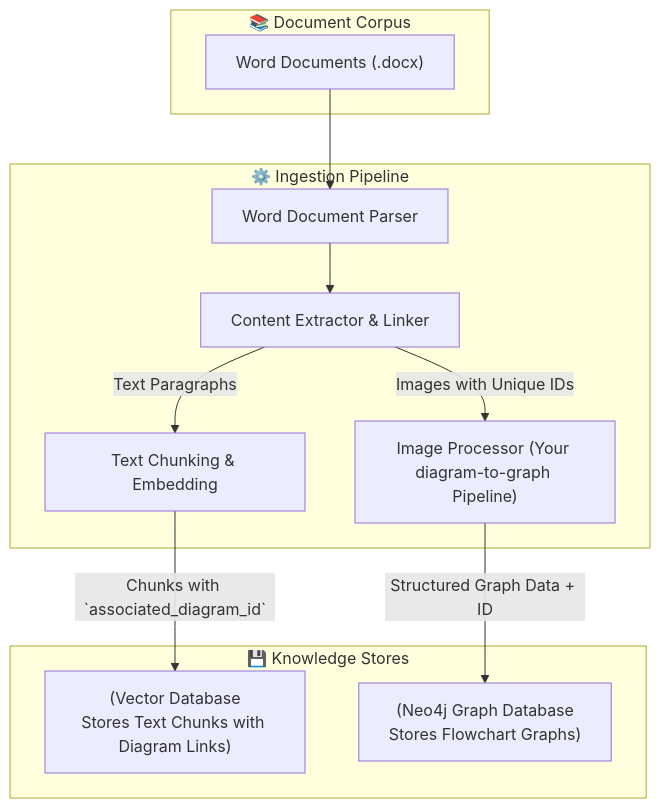
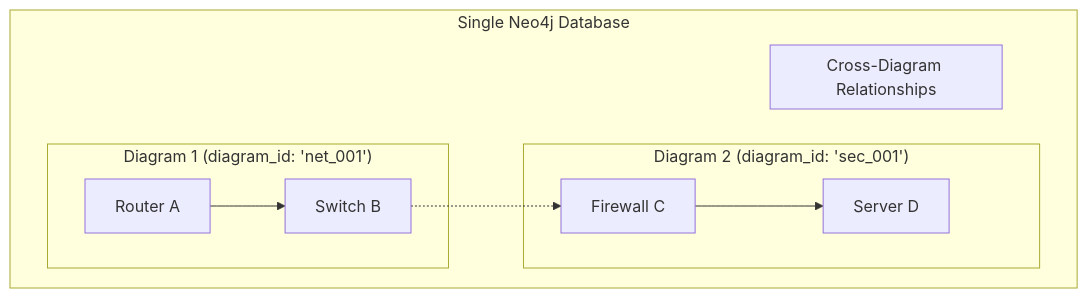
One commit to keo571/netbot-v2 changed the fifth of 10 diagrams in docs/architecture/ai-architecture.md. Above: the diagram before and after it, drawn with Mermaid. The commit also changed other lines of this file, not shown here.

First line of the commit message:
Update ai-architecture.md with latest changes

````diff
--- a/docs/architecture/ai-architecture.md
+++ b/docs/architecture/ai-architecture.md
@@ -26,26 +170,20 @@
 ```mermaid
 graph TD
-subgraph "📚 Document Corpus"
-DOC["Word Documents (.docx)"]
-end
-
-subgraph "⚙️ Ingestion Pipeline"
-A["Word Document Parser"]
-B["Content Extractor & Linker"]
-C["Text Chunking & Embedding"]
-D["Image Processor (Your diagram-to-graph Pipeline)"]
-end
-
-subgraph "💾 Knowledge Stores"
-VDB["(Vector Database<br/>Stores Text Chunks with Diagram Links)"]
-GDB["(Neo4j Graph Database<br/>Stores Flowchart Graphs)"]
-end
-
-DOC --> A
-A --> B
-B -- Text Paragraphs --> C
-B -- "Images with Unique IDs" --> D
-C -- "Chunks with `associated_diagram_id`" --> VDB
-D -- "Structured Graph Data + ID" --> GDB
-
+    subgraph "Single Neo4j Database"
+        subgraph "Diagram 1 (diagram_id: 'net_001')"
+            A[Router A]
+            B[Switch B]
+            A --> B
+        end
+        
+        subgraph "Diagram 2 (diagram_id: 'sec_001')"
+            C[Firewall C]
+            D[Server D]
+            C --> D
+        end
+        
+        subgraph "Cross-Diagram Relationships"
+            B -.-> C
+        end
+    end
 ```
````
